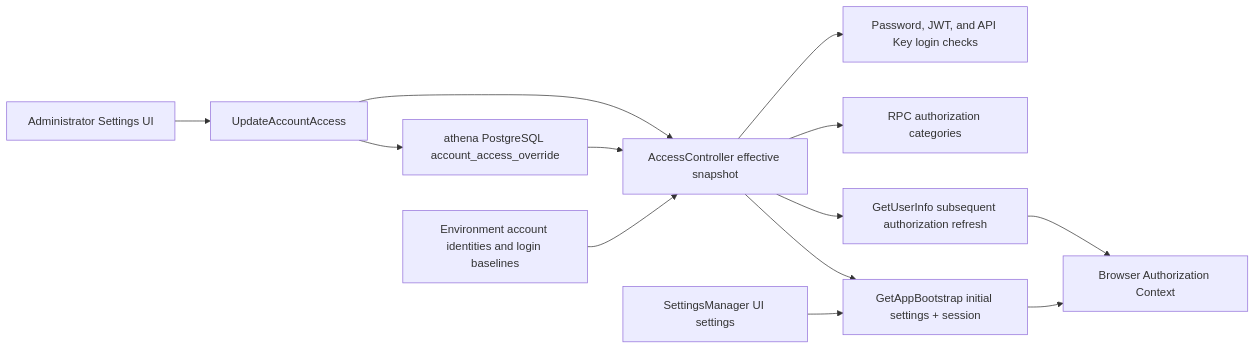
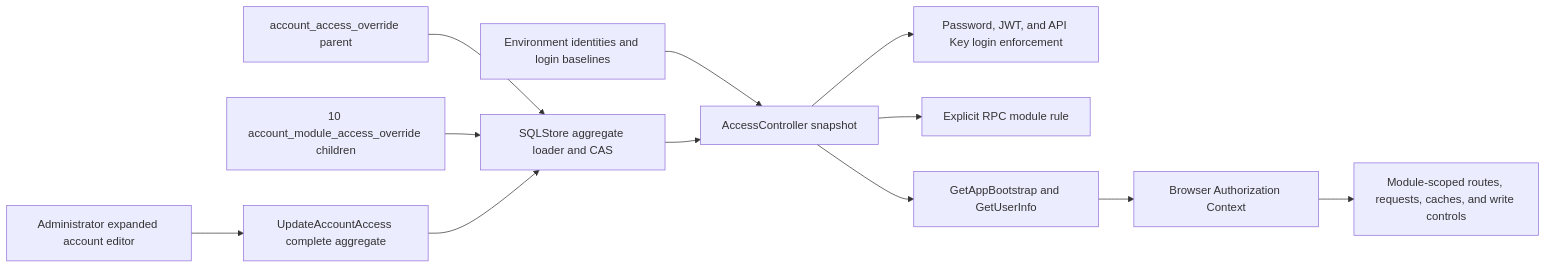
Before and after one commit to useryege/athena-o: the diagram in docs/design/identity-access/account-access-control.md, drawn with Mermaid. The commit also changed other lines of this file and 67 other files, not shown here.

````diff
--- a/docs/design/identity-access/account-access-control.md
+++ b/docs/design/identity-access/account-access-control.md
@@ -34,15 +37,14 @@
 ```mermaid
 flowchart LR
-    E["Environment account identities and login baselines"] --> C["AccessController effective snapshot"]
-    P["athena PostgreSQL account_access_override"] --> C
-    A["Administrator Settings UI"] --> U["UpdateAccountAccess"]
-    U --> P
-    U --> C
-    C --> N["Password, JWT, and API Key login checks"]
-    C --> Z["RPC authorization categories"]
-    S["SettingsManager UI settings"] --> G["GetAppBootstrap initial settings + session"]
-    C --> G
-    C --> I["GetUserInfo subsequent authorization refresh"]
-    G --> B["Browser Authorization Context"]
-    I --> B
+    E["Environment identities and login baselines"] --> C["AccessController snapshot"]
+    H["account_access_override parent"] --> S["SQLStore aggregate loader and CAS"]
+    M["10 account_module_access_override children"] --> S
+    S --> C
+    A["Administrator expanded account editor"] --> U["UpdateAccountAccess complete aggregate"]
+    U --> S
+    C --> L["Password, JWT, and API Key login enforcement"]
+    C --> R["Explicit RPC module rule"]
+    C --> B["GetAppBootstrap and GetUserInfo"]
+    B --> X["Browser Authorization Context"]
+    X --> Q["Module-scoped routes, requests, caches, and write controls"]
 ```
````
